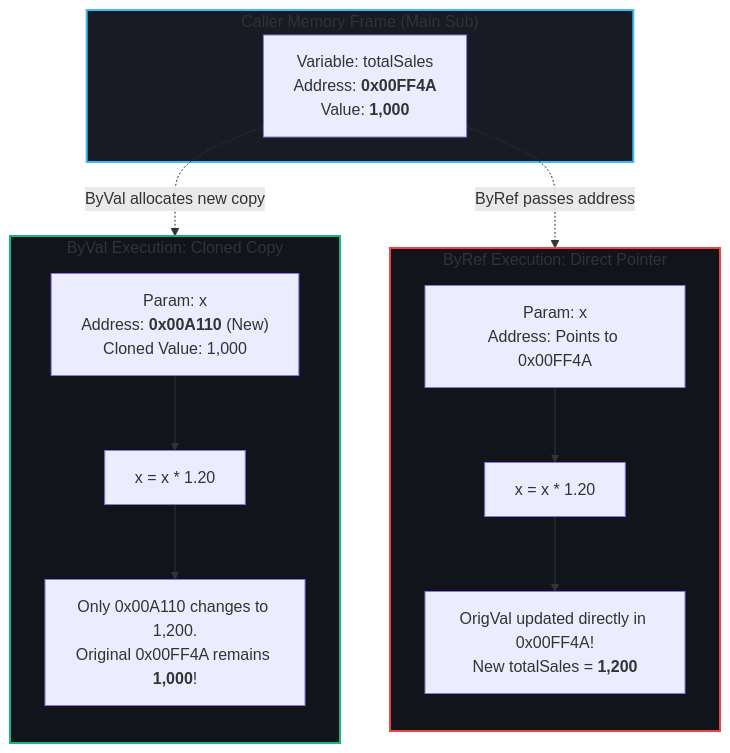
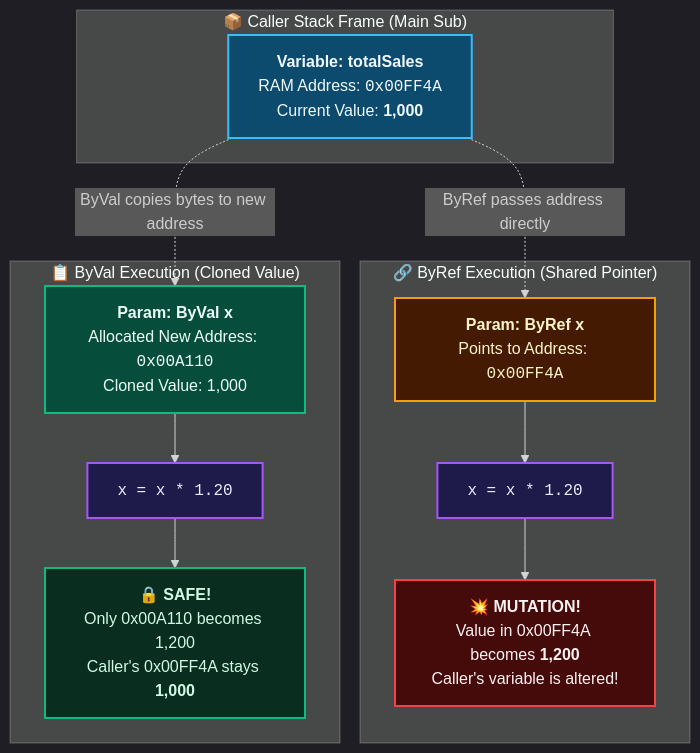
The first of 2 diagrams in 02 - VBA Fundamentals/Procedures & Functions/ByVal vs ByRef.md (Sohila-Khaled-Abbas/Excel-VBA-Second-Brain), drawn with Mermaid before and after one commit. The commit also changed other lines of this file and 23 other files, not shown here.

Commit message:
feat: modernize vault diagrams with dark-theme Excel mockup UI, responsive card grids, and high-contrast Mermaid themes

````diff
--- a/02 - VBA Fundamentals/Procedures & Functions/ByVal vs ByRef.md
+++ b/02 - VBA Fundamentals/Procedures & Functions/ByVal vs ByRef.md
@@ -61,29 +61,31 @@
 ```mermaid
+%%{init: {'theme': 'dark', 'themeVariables': { 'darkMode': true, 'fontFamily': 'Inter, sans-serif' }}}%%
 flowchart TD
-    subgraph CallerRAM["Caller Memory Frame (Main Sub)"]
-        OrigVal["Variable: totalSales<br/>Address: <b>0x00FF4A</b><br/>Value: <b>1,000</b>"]
+    subgraph CallerRAM["📦 Caller Stack Frame (Main Sub)"]
+        OrigVal["<b>Variable: totalSales</b><br/>RAM Address: <code>0x00FF4A</code><br/>Current Value: <b>1,000</b>"]:::callerNode
     end
 
-    subgraph ByRefScenario["ByRef Execution: Direct Pointer"]
-        direction TB
-        Ptr["Param: x<br/>Address: Points to 0x00FF4A"]
-        Action1["x = x * 1.20"]
-        Result1["OrigVal updated directly in 0x00FF4A!<br/>New totalSales = <b>1,200</b>"]
+    subgraph ByRefScenario["🔗 ByRef Execution (Shared Pointer)"]
+        Ptr["<b>Param: ByRef x</b><br/>Points to Address: <code>0x00FF4A</code>"]:::byrefNode
+        Action1["<code>x = x * 1.20</code>"]:::actionNode
+        Result1["💥 <b>MUTATION!</b><br/>Value in 0x00FF4A becomes <b>1,200</b><br/>Caller's variable is altered!"]:::dangerNode
         Ptr --> Action1 --> Result1
     end
 
-    subgraph ByValScenario["ByVal Execution: Cloned Copy"]
-        direction TB
-        Clone["Param: x<br/>Address: <b>0x00A110</b> (New)<br/>Cloned Value: 1,000"]
-        Action2["x = x * 1.20"]
-        Result2["Only 0x00A110 changes to 1,200.<br/>Original 0x00FF4A remains <b>1,000</b>!"]
+    subgraph ByValScenario["📋 ByVal Execution (Cloned Value)"]
+        Clone["<b>Param: ByVal x</b><br/>Allocated New Address: <code>0x00A110</code><br/>Cloned Value: 1,000"]:::byvalNode
+        Action2["<code>x = x * 1.20</code>"]:::actionNode
+        Result2["🔒 <b>SAFE!</b><br/>Only 0x00A110 becomes 1,200<br/>Caller's 0x00FF4A stays <b>1,000</b>"]:::safeNode
         Clone --> Action2 --> Result2
     end
 
-    OrigVal -.->|ByRef passes address| Ptr
-    OrigVal -.->|ByVal allocates new copy| Clone
+    OrigVal -.->|ByRef passes address directly| Ptr
+    OrigVal -.->|ByVal copies bytes to new address| Clone
 
-    style CallerRAM fill:#181a24,stroke:#38bdf8,stroke-width:2px
-    style ByRefScenario fill:#12141c,stroke:#ef4444,stroke-width:2px
-    style ByValScenario fill:#12141c,stroke:#10b981,stroke-width:2px
+    classDef callerNode fill:#0c4a6e,stroke:#38bdf8,stroke-width:2px,color:#f0f9ff;
+    classDef byrefNode fill:#451a03,stroke:#f59e0b,stroke-width:2px,color:#fef3c7;
+    classDef byvalNode fill:#064e3b,stroke:#10b981,stroke-width:2px,color:#ecfdf5;
+    classDef actionNode fill:#1e1b4b,stroke:#a855f7,stroke-width:2px,color:#ede9fe;
+    classDef dangerNode fill:#450a0a,stroke:#ef4444,stroke-width:2px,color:#fef2f2;
+    classDef safeNode fill:#092e20,stroke:#10b981,stroke-width:2px,color:#d1fae5;
 ```
````
